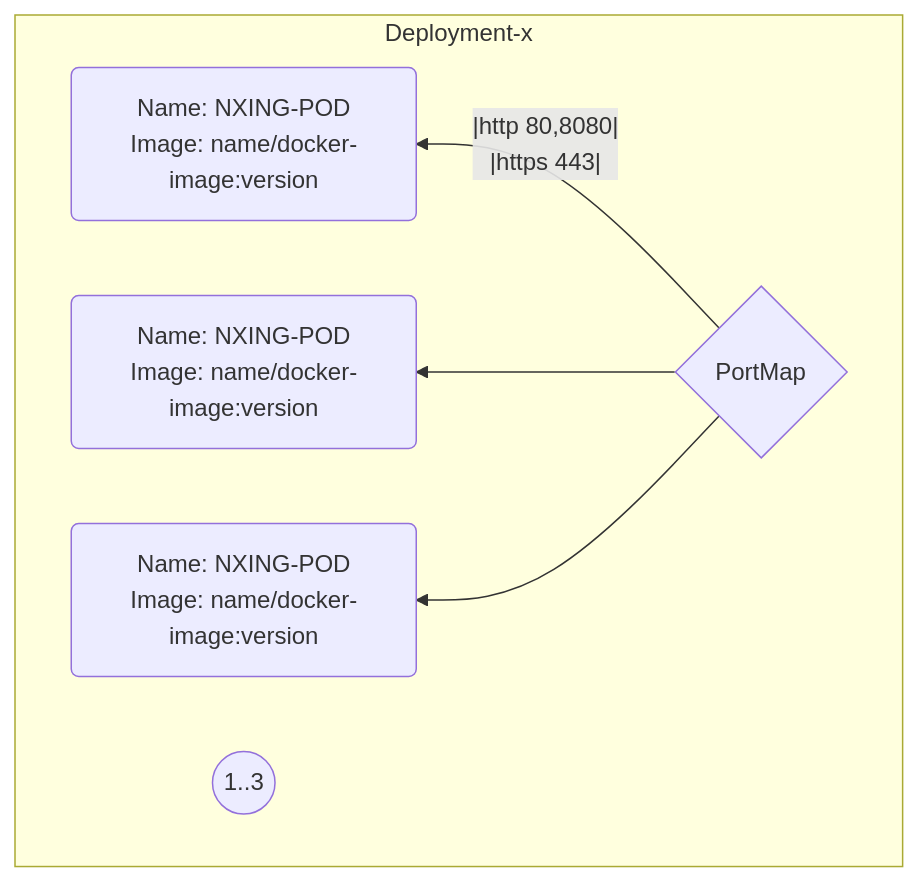
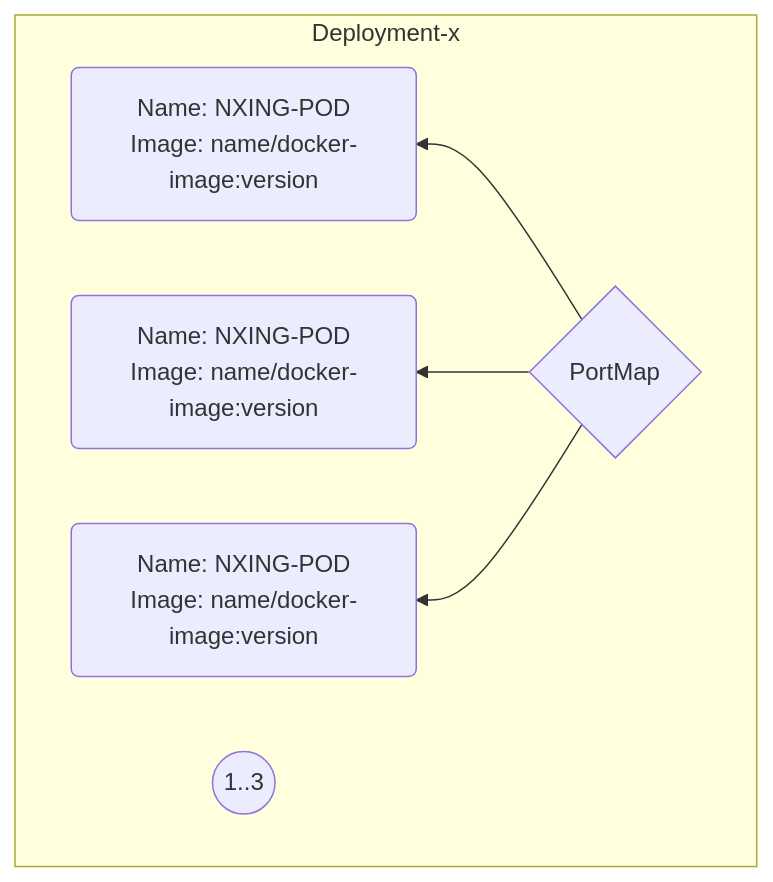
One commit to TimRoos98/rendering changed the diagram in README.md. Above: the diagram before and after it, drawn with Mermaid.

````diff
--- a/README.md
+++ b/README.md
@@ -1,15 +1,14 @@
 ```mermaid
 flowchart TD
     subgraph Deployment-x
         direction RL
         G{PortMap}
         scalar((1..3))
-        G--|http 80,8080|
-        |https 443|-->Container-1("`Name: NXING-POD
+        G-->Container-1("`Name: NXING-POD
                         Image: name/docker-image:version`")
         G-->Container-2("`Name: NXING-POD
                         Image: name/docker-image:version`")
         G-->Container-3("`Name: NXING-POD
                         Image: name/docker-image:version`")
     end
 ```
````
